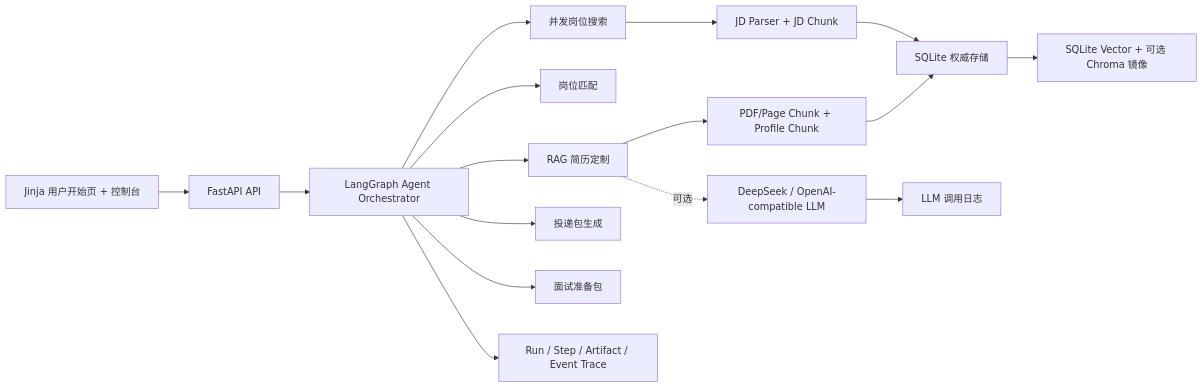
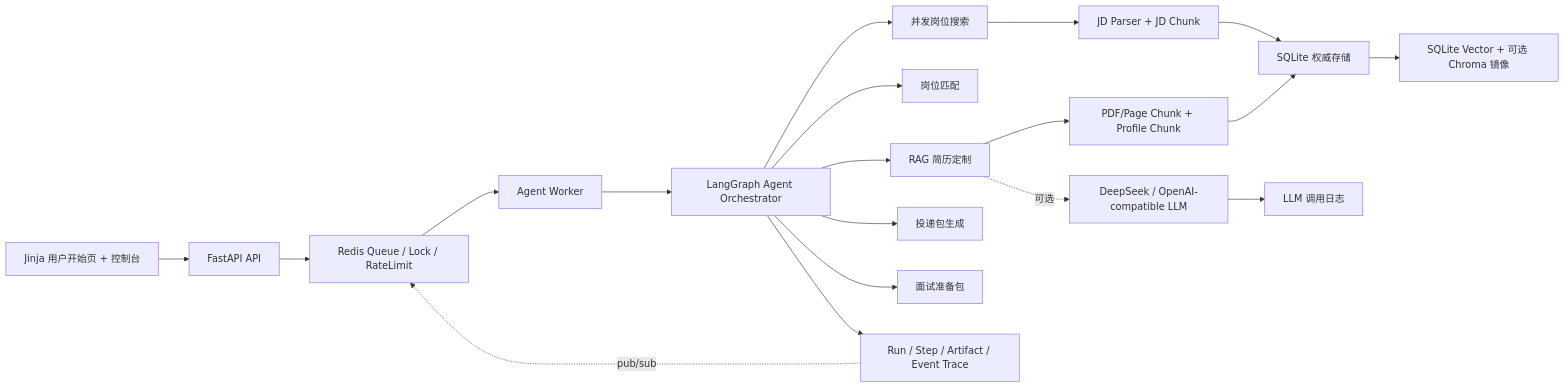
The diagram in README.md (Yonhen233/CareerAgent), drawn with Mermaid before and after one commit. The commit also changed other lines of this file and 29 other files, not shown here.

````diff
--- a/README.md
+++ b/README.md
@@ -84,18 +86,21 @@
 ```mermaid
 flowchart LR
     UI["Jinja 用户开始页 + 控制台"] --> API["FastAPI API"]
-    API --> Agent["LangGraph Agent Orchestrator"]
+    API --> Redis["Redis Queue / Lock / RateLimit"]
+    Redis --> Worker["Agent Worker"]
+    Worker --> Agent["LangGraph Agent Orchestrator"]
     Agent --> Search["并发岗位搜索"]
     Agent --> Match["岗位匹配"]
     Agent --> Tailor["RAG 简历定制"]
     Agent --> Apply["投递包生成"]
     Agent --> Interview["面试准备包"]
     Search --> JD["JD Parser + JD Chunk"]
     Tailor --> Resume["PDF/Page Chunk + Profile Chunk"]
     JD --> SQLite["SQLite 权威存储"]
     Resume --> SQLite
     SQLite --> Vector["SQLite Vector + 可选 Chroma 镜像"]
     Tailor -.可选.-> LLM["DeepSeek / OpenAI-compatible LLM"]
     LLM --> Debug["LLM 调用日志"]
     Agent --> Trace["Run / Step / Artifact / Event Trace"]
+    Trace -.pub/sub.-> Redis
 ```
````
